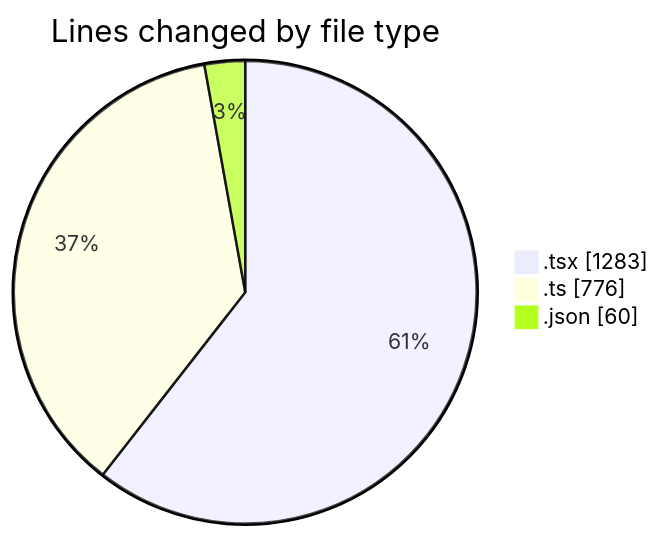
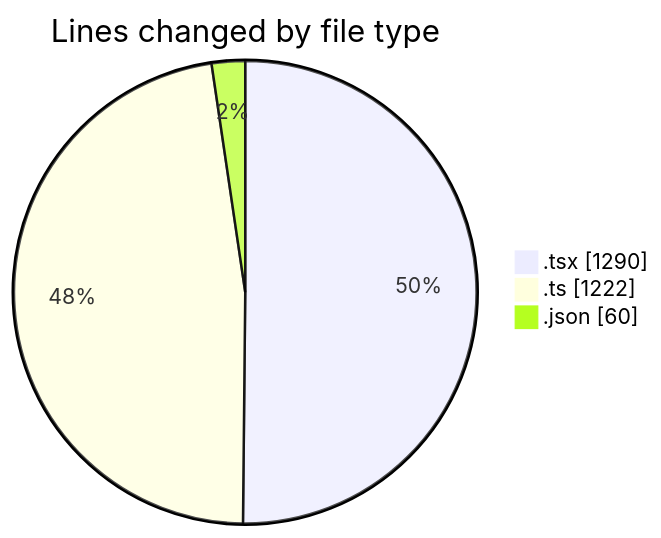
One commit to nxtqubesakshisongat/code-tracking changed the first of 2 diagrams in 2026-04-20/airfeed-analytics-dashboard/README.md. Above: the diagram before and after it, drawn with Mermaid. The commit also changed other lines of this file and 1 other file, not shown here.

````diff
--- a/2026-04-20/airfeed-analytics-dashboard/README.md
+++ b/2026-04-20/airfeed-analytics-dashboard/README.md
@@ -30,7 +31,7 @@
 ```mermaid
 pie showData
 title Lines changed by file type
-".tsx" : 1283
-".ts" : 776
+".tsx" : 1290
+".ts" : 1222
 ".json" : 60
 ```
````
